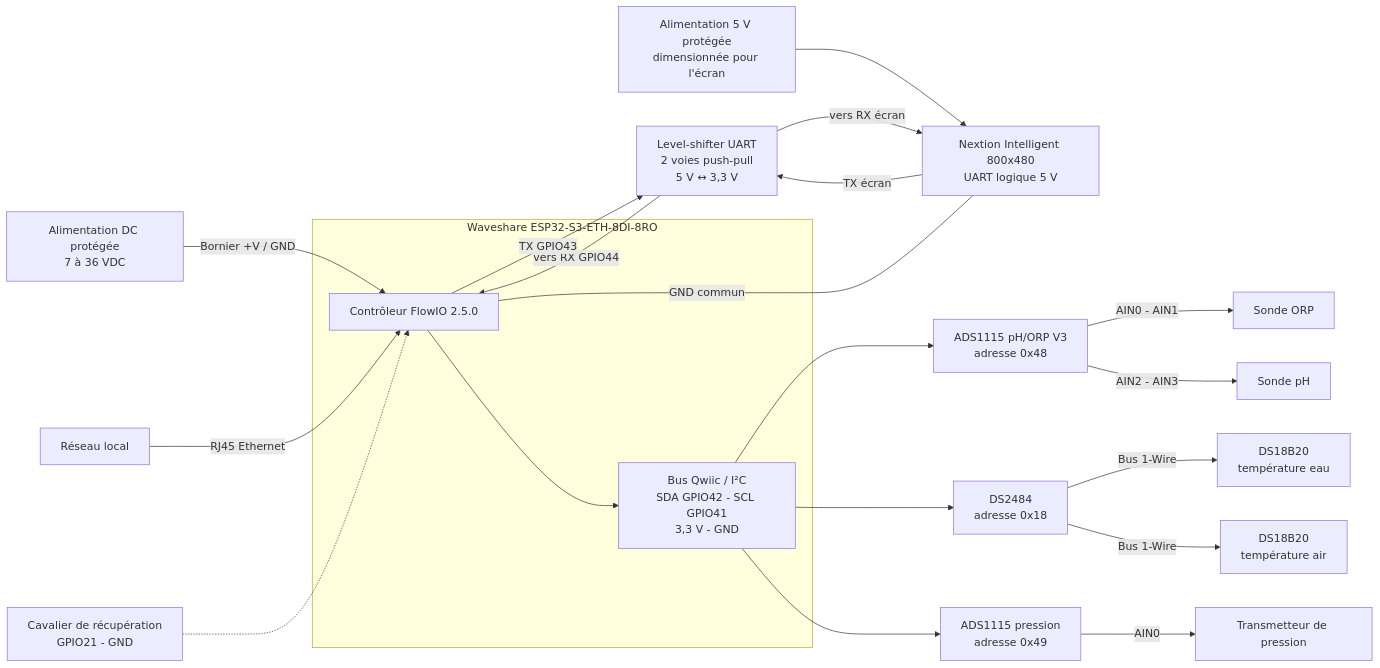
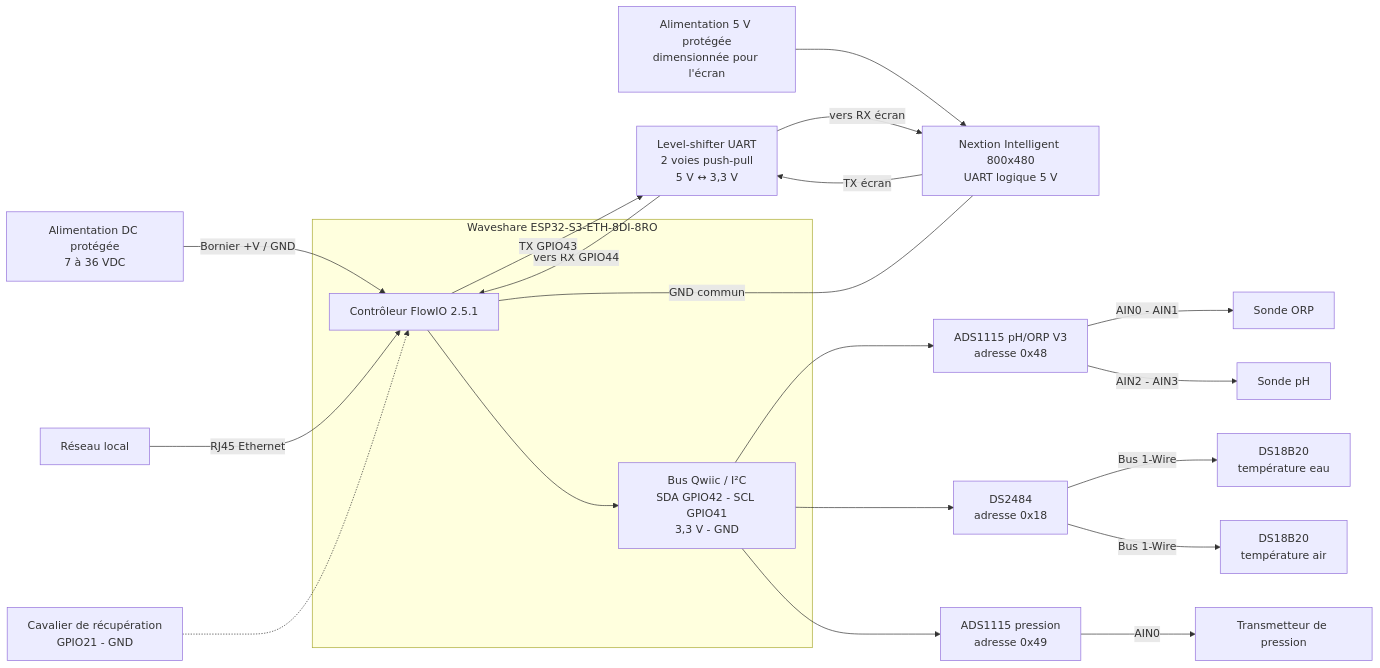
One commit to D-Salmon/flow.io changed the first of 3 diagrams in docs/integration/schema-raccordement-waveshare.md. Above: the diagram before and after it, drawn with Mermaid. The commit also changed other lines of this file and 12 other files, not shown here.

````diff
--- a/docs/integration/schema-raccordement-waveshare.md
+++ b/docs/integration/schema-raccordement-waveshare.md
@@ -13,29 +13,29 @@
 ```mermaid
 flowchart LR
     DC["Alimentation DC protégée<br/>7 à 36 VDC"] -->|"Bornier +V / GND"| CTRL
     LAN["Réseau local"] -->|"RJ45 Ethernet"| CTRL
     REC["Cavalier de récupération<br/>GPIO21 - GND"] -.-> CTRL
     P5["Alimentation 5 V protégée<br/>dimensionnée pour l'écran"] --> HMI
     HMI["Nextion Intelligent 800x480<br/>UART logique 5 V"] -->|"TX écran"| LS["Level-shifter UART<br/>2 voies push-pull<br/>5 V ↔ 3,3 V"]
     LS -->|"vers RX GPIO44"| CTRL
     CTRL -->|"TX GPIO43"| LS
     LS -->|"vers RX écran"| HMI
     HMI ---|"GND commun"| CTRL
 
     subgraph C["Waveshare ESP32-S3-ETH-8DI-8RO"]
-        CTRL["Contrôleur FlowIO 2.5.0"]
+        CTRL["Contrôleur FlowIO 2.5.1"]
         I2C["Bus Qwiic / I²C<br/>SDA GPIO42 - SCL GPIO41<br/>3,3 V - GND"]
         CTRL --> I2C
     end
 
     I2C --> ADC1["ADS1115 pH/ORP V3<br/>adresse 0x48"]
     ADC1 -->|"AIN0 - AIN1"| ORP["Sonde ORP"]
     ADC1 -->|"AIN2 - AIN3"| PH["Sonde pH"]
 
     I2C --> OW["DS2484<br/>adresse 0x18"]
     OW -->|"Bus 1-Wire"| TW["DS18B20<br/>température eau"]
     OW -->|"Bus 1-Wire"| TA["DS18B20<br/>température air"]
 
     I2C --> ADC2["ADS1115 pression<br/>adresse 0x49"]
     ADC2 -->|"AIN0"| PSI["Transmetteur de pression"]
 ```
````
